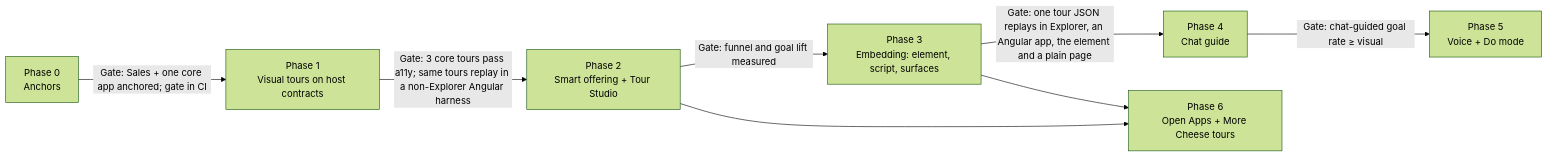
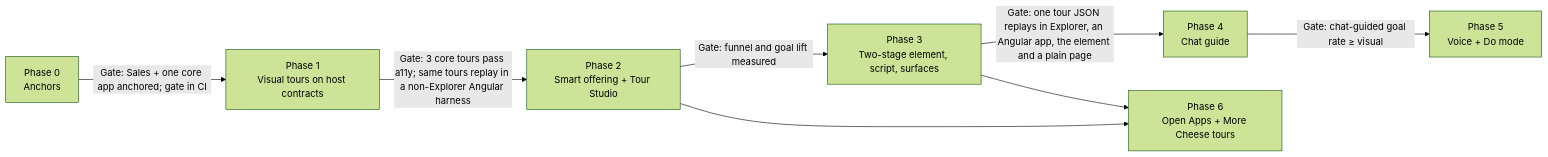
Before and after one commit to MemberJunction/MJ: the fourth of 4 diagrams in plans/guided-tours.md, drawn with Mermaid (forest theme). The commit also changed other lines of this file, not shown here.

Commit message:
docs(plans): incorporate PR #6349 review feedback on guided tours architecture

````diff
--- a/plans/guided-tours.md
+++ b/plans/guided-tours.md
@@ -879,10 +872,10 @@
 ```mermaid
 flowchart LR
     P0["Phase 0<br/>Anchors"] -->|"Gate: Sales + one core app anchored; gate in CI"| P1["Phase 1<br/>Visual tours on host contracts"]
     P1 -->|"Gate: 3 core tours pass a11y; same tours replay in a non-Explorer Angular harness"| P2["Phase 2<br/>Smart offering + Tour Studio"]
-    P2 -->|"Gate: funnel and goal lift measured"| P3["Phase 3<br/>Embedding: element, script, surfaces"]
+    P2 -->|"Gate: funnel and goal lift measured"| P3["Phase 3<br/>Two-stage element, script, surfaces"]
     P3 -->|"Gate: one tour JSON replays in Explorer, an Angular app, the element and a plain page"| P4["Phase 4<br/>Chat guide"]
     P4 -->|"Gate: chat-guided goal rate ≥ visual"| P5["Phase 5<br/>Voice + Do mode"]
     P2 --> P6["Phase 6<br/>Open Apps + More Cheese tours"]
     P3 --> P6
 ```
````
